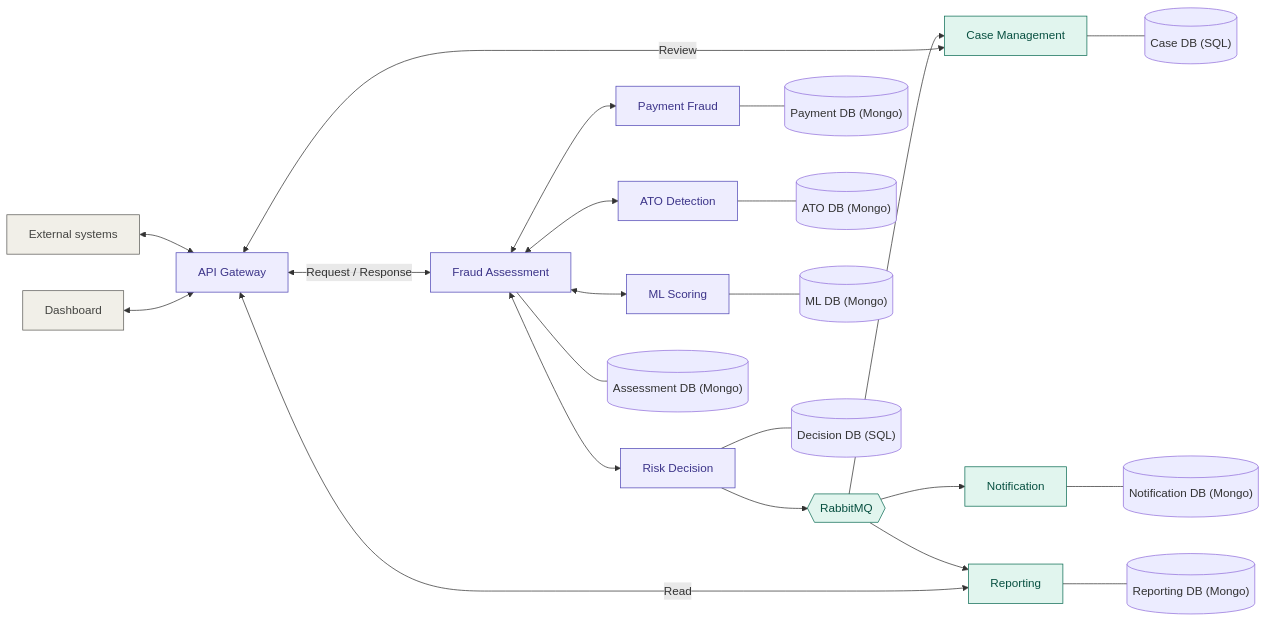
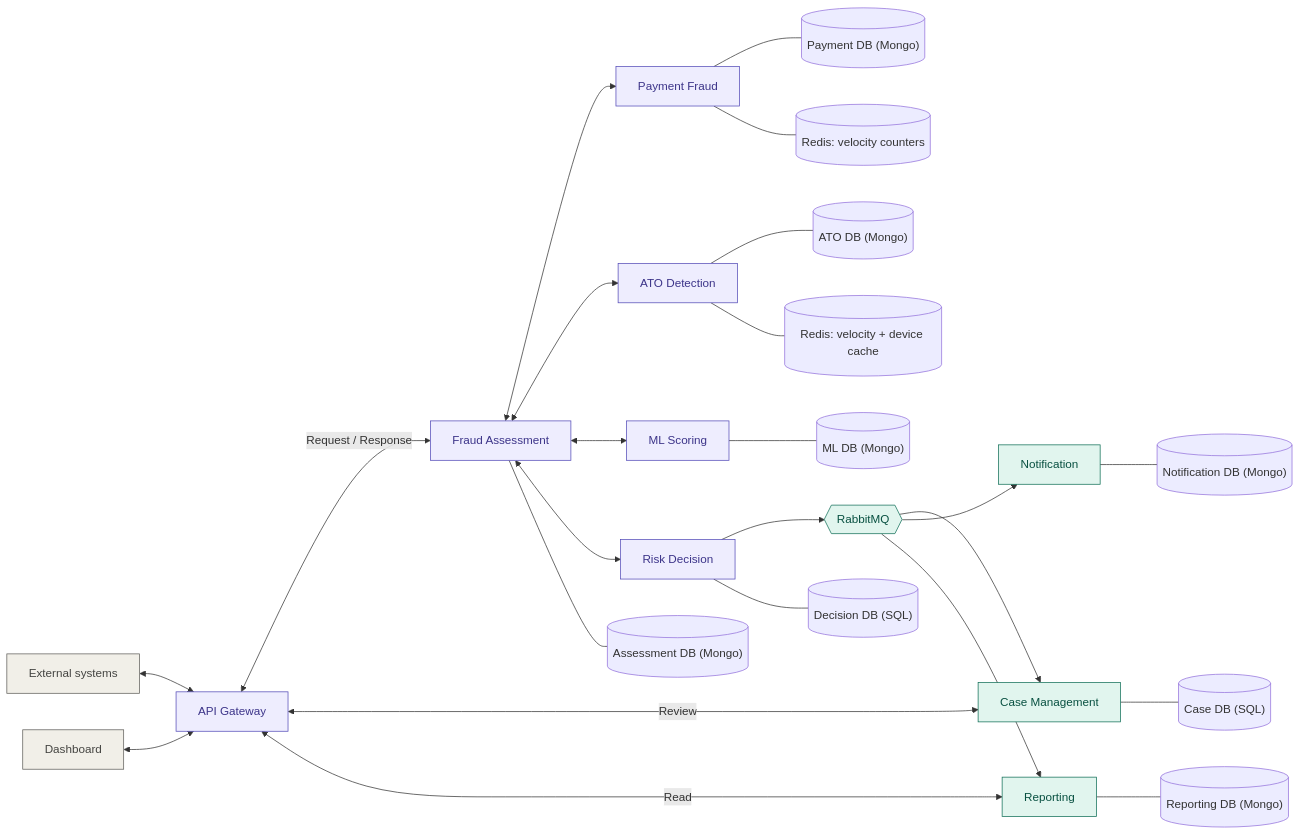
Before and after one commit to mokhtarahmed123/Fraud-Detection: the diagram in README.md, drawn with Mermaid. The commit also changed other lines of this file, not shown here.

First line of the commit message:
Update README to include Redis usage details

````diff
--- a/README.md
+++ b/README.md
@@ -44,35 +44,38 @@
 ```mermaid
 flowchart LR
     EXT["External systems"] <--> GW["API Gateway"]
     DASH["Dashboard"] <--> GW
     GW <-->|"Request / Response"| FA["Fraud Assessment"]
 
     FA <--> PF["Payment Fraud"]
     FA <--> ATO["ATO Detection"]
     FA <--> ML["ML Scoring"]
     FA <--> RD["Risk Decision"]
 
     RD --> MQ{{"RabbitMQ"}}
     MQ --> CM["Case Management"]
     MQ --> NT["Notification"]
     MQ --> RP["Reporting"]
 
     GW <-->|"Review"| CM
     GW <-->|"Read"| RP
 
     FA --- FA_DB[("Assessment DB (Mongo)")]
     PF --- PF_DB[("Payment DB (Mongo)")]
     ATO --- ATO_DB[("ATO DB (Mongo)")]
     ML --- ML_DB[("ML DB (Mongo)")]
     RD --- RD_DB[("Decision DB (SQL)")]
     CM --- CM_DB[("Case DB (SQL)")]
     NT --- NT_DB[("Notification DB (Mongo)")]
     RP --- RP_DB[("Reporting DB (Mongo)")]
 
+    PF --- PF_CACHE[("Redis: velocity counters")]
+    ATO --- ATO_CACHE[("Redis: velocity + device cache")]
+
     classDef sync fill:#EEEDFE,stroke:#534AB7,color:#3C3489
     classDef async fill:#E1F5EE,stroke:#0F6E56,color:#085041
     classDef ext fill:#F1EFE8,stroke:#5F5E5A,color:#444441
     class GW,FA,PF,ATO,ML,RD sync
     class MQ,CM,NT,RP async
     class EXT,DASH ext
 ```
````
